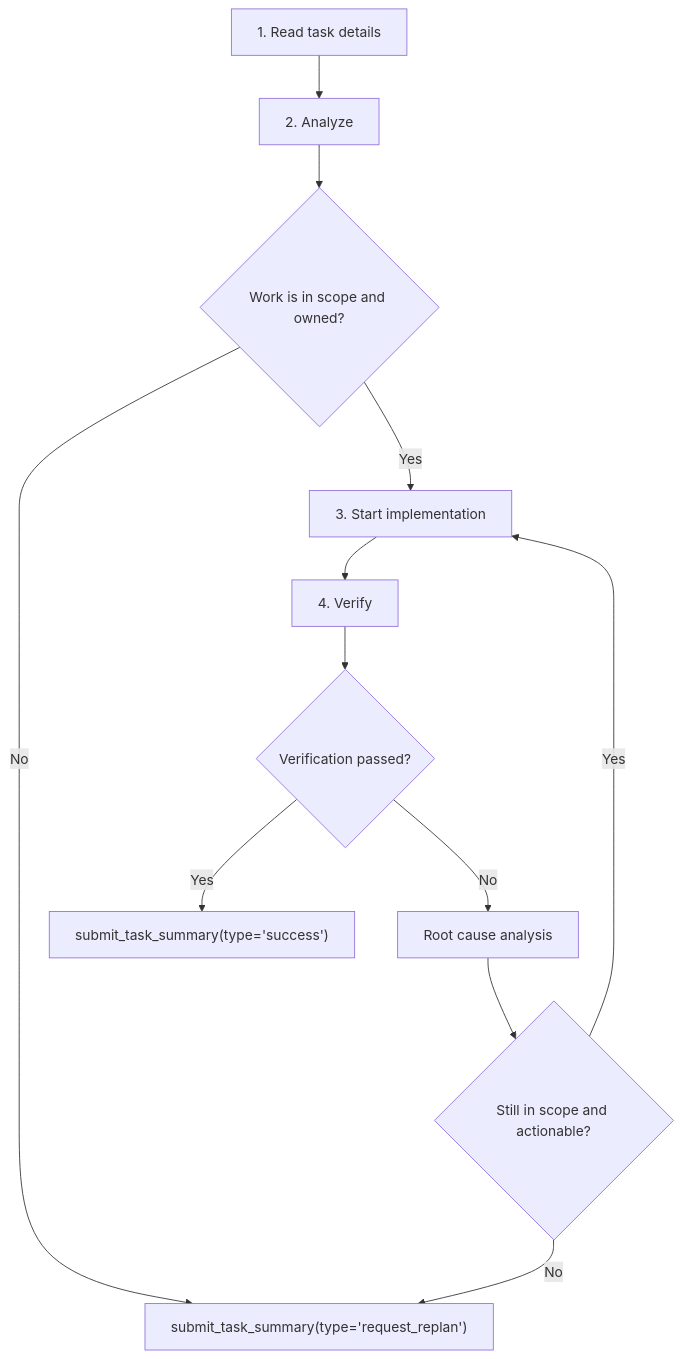
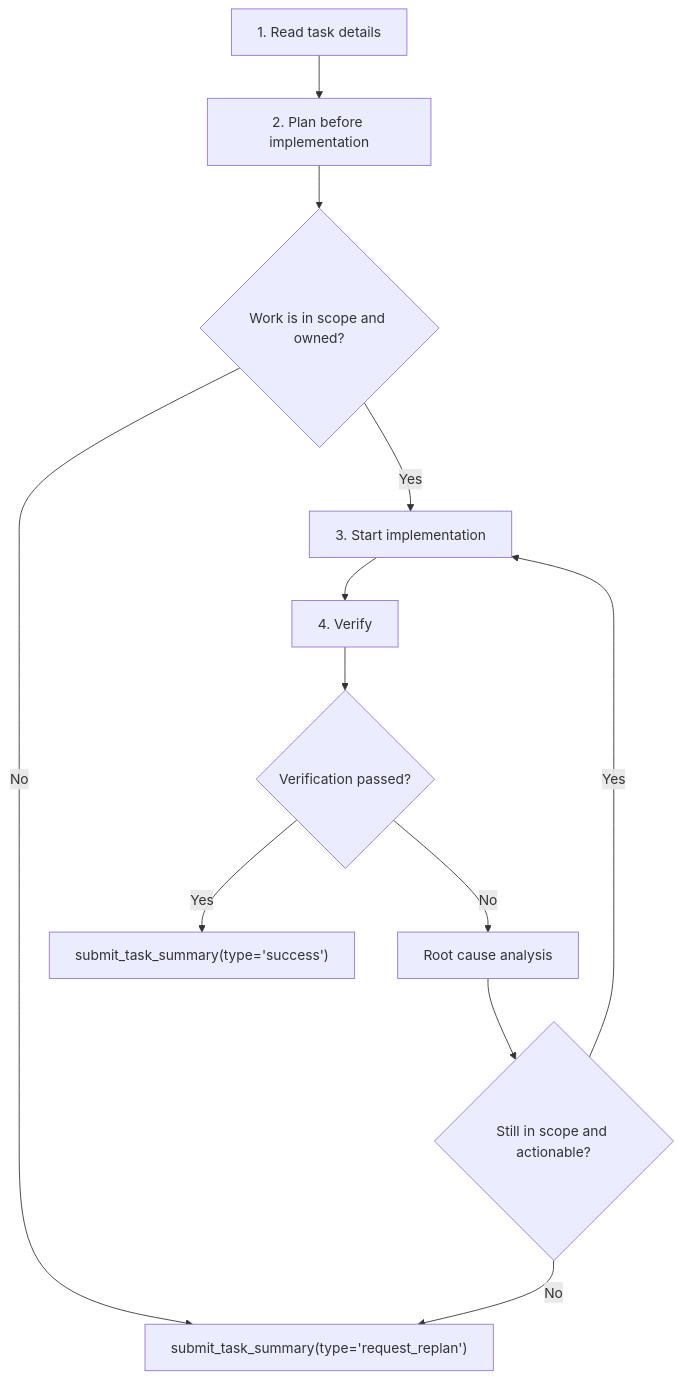
One commit to Ephemeral-AI-Lab/ephemeral-os changed the diagram in backend/src/skills/bundled/content/team-developer-playbook/SKILL.md. Above: the diagram before and after it, drawn with Mermaid. The commit also changed other lines of this file, not shown here.

````diff
--- a/backend/src/skills/bundled/content/team-developer-playbook/SKILL.md
+++ b/backend/src/skills/bundled/content/team-developer-playbook/SKILL.md
@@ -12,14 +12,14 @@
 ```mermaid
 flowchart TD
-    A["1. Read task details"] --> B["2. Analyze"]
+    A["1. Read task details"] --> B["2. Plan before implementation"]
     B --> C{"Work is in scope and owned?"}
     C -- "No" --> R["submit_task_summary(type='request_replan')"]
     C -- "Yes" --> D["3. Start implementation"]
     D --> E["4. Verify"]
     E --> F{"Verification passed?"}
     F -- "Yes" --> S["submit_task_summary(type='success')"]
     F -- "No" --> G["Root cause analysis"]
     G --> H{"Still in scope and actionable?"}
     H -- "Yes" --> D
     H -- "No" --> R
 ```
````
